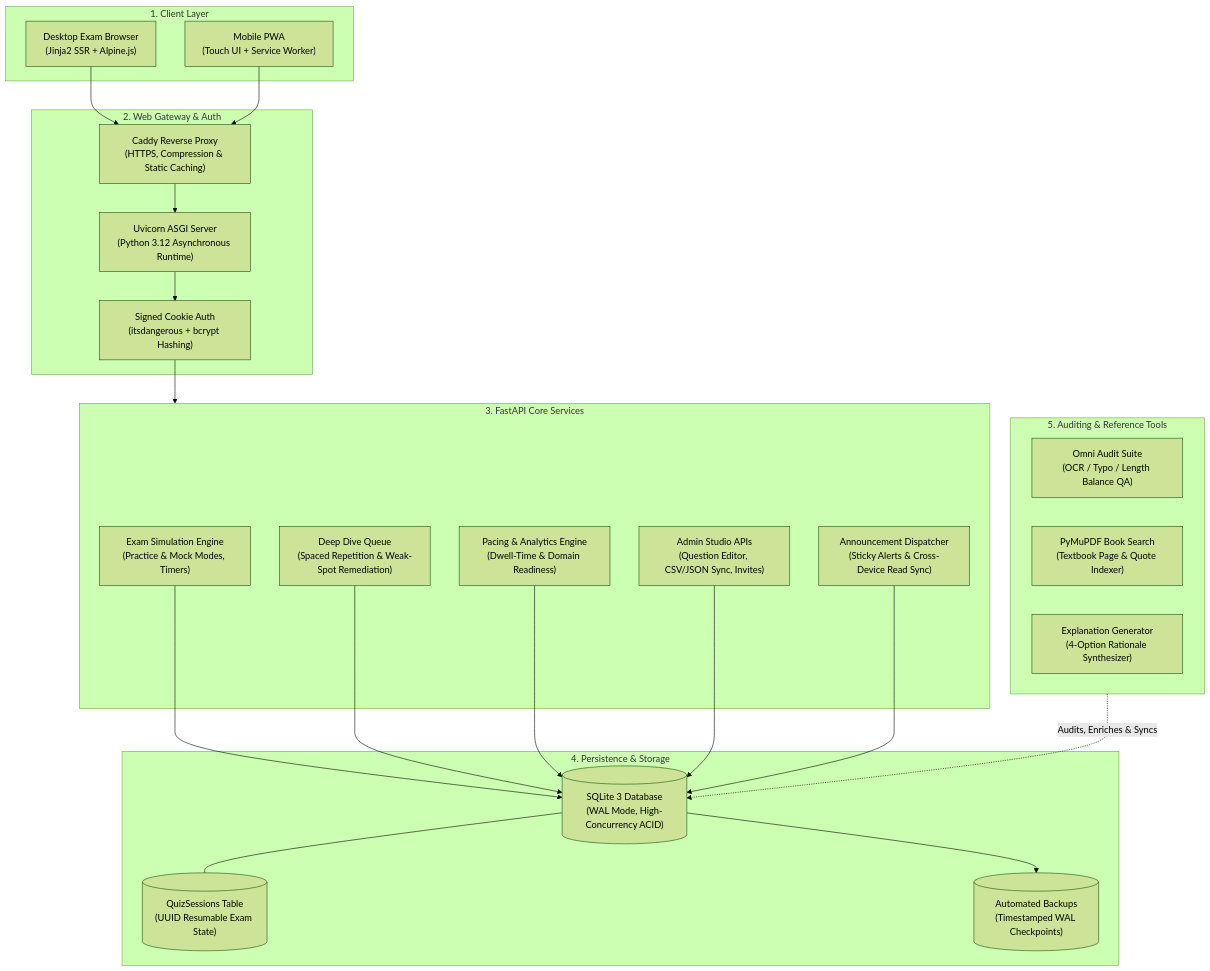
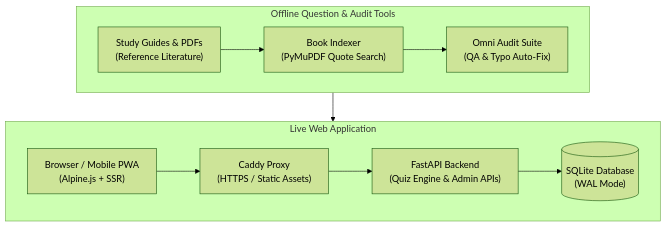
Before and after one commit to jyothisthaliath/omni-quiz: the second of 2 diagrams in README.md, drawn with Mermaid (forest theme).

Commit message:
Simplify architecture diagram into live app and offline tools

````diff
--- a/README.md
+++ b/README.md
@@ -197,47 +197,12 @@
 ```mermaid
-graph TD
-    subgraph Client["1. Client Layer"]
-        Browser["Desktop Exam Browser\n(Jinja2 SSR + Alpine.js)"]
-        MobilePWA["Mobile PWA\n(Touch UI + Service Worker)"]
+flowchart TB
+    subgraph App["Live Web Application"]
+        direction LR
+        Client["Browser / Mobile PWA\n(Alpine.js + SSR)"] --> Proxy["Caddy Proxy\n(HTTPS / Static Assets)"] --> Server["FastAPI Backend\n(Quiz Engine & Admin APIs)"] --> DB[("SQLite Database\n(WAL Mode)")]
     end
 
-    subgraph EdgeServer["2. Web Gateway & Auth"]
-        Proxy["Caddy Reverse Proxy\n(HTTPS, Compression & Static Caching)"]
-        ASGI["Uvicorn ASGI Server\n(Python 3.12 Asynchronous Runtime)"]
-        Auth["Signed Cookie Auth\n(itsdangerous + bcrypt Hashing)"]
+    subgraph Tools["Offline Question & Audit Tools"]
+        direction LR
+        Sources["Study Guides & PDFs\n(Reference Literature)"] --> Indexer["Book Indexer\n(PyMuPDF Quote Search)"] --> Auditor["Omni Audit Suite\n(QA & Typo Auto-Fix)"] --> DB
     end
-
-    subgraph AppCore["3. FastAPI Core Services"]
-        QuizEngine["Exam Simulation Engine\n(Practice & Mock Modes, Timers)"]
-        SRSEngine["Deep Dive Queue\n(Spaced Repetition & Weak-Spot Remediation)"]
-        Telemetry["Pacing & Analytics Engine\n(Dwell-Time & Domain Readiness)"]
-        AdminStudio["Admin Studio APIs\n(Question Editor, CSV/JSON Sync, Invites)"]
-        Announce["Announcement Dispatcher\n(Sticky Alerts & Cross-Device Read Sync)"]
-    end
-
-    subgraph DataLayer["4. Persistence & Storage"]
-        DB[("SQLite 3 Database\n(WAL Mode, High-Concurrency ACID)")]
-        Sessions[("QuizSessions Table\n(UUID Resumable Exam State)")]
-        Backups[("Automated Backups\n(Timestamped WAL Checkpoints)")]
-    end
-
-    subgraph Tooling["5. Auditing & Reference Tools"]
-        AuditSuite["Omni Audit Suite\n(OCR / Typo / Length Balance QA)"]
-        BookIndexer["PyMuPDF Book Search\n(Textbook Page & Quote Indexer)"]
-        ETLExplanation["Explanation Generator\n(4-Option Rationale Synthesizer)"]
-    end
-
-    Browser --> Proxy
-    MobilePWA --> Proxy
-    Proxy --> ASGI
-    ASGI --> Auth
-    Auth --> AppCore
-    QuizEngine --> DB
-    SRSEngine --> DB
-    Telemetry --> DB
-    AdminStudio --> DB
-    Announce --> DB
-    DB --- Sessions
-    DB --> Backups
-    Tooling -.->|Audits, Enriches & Syncs| DB
 ```
````
